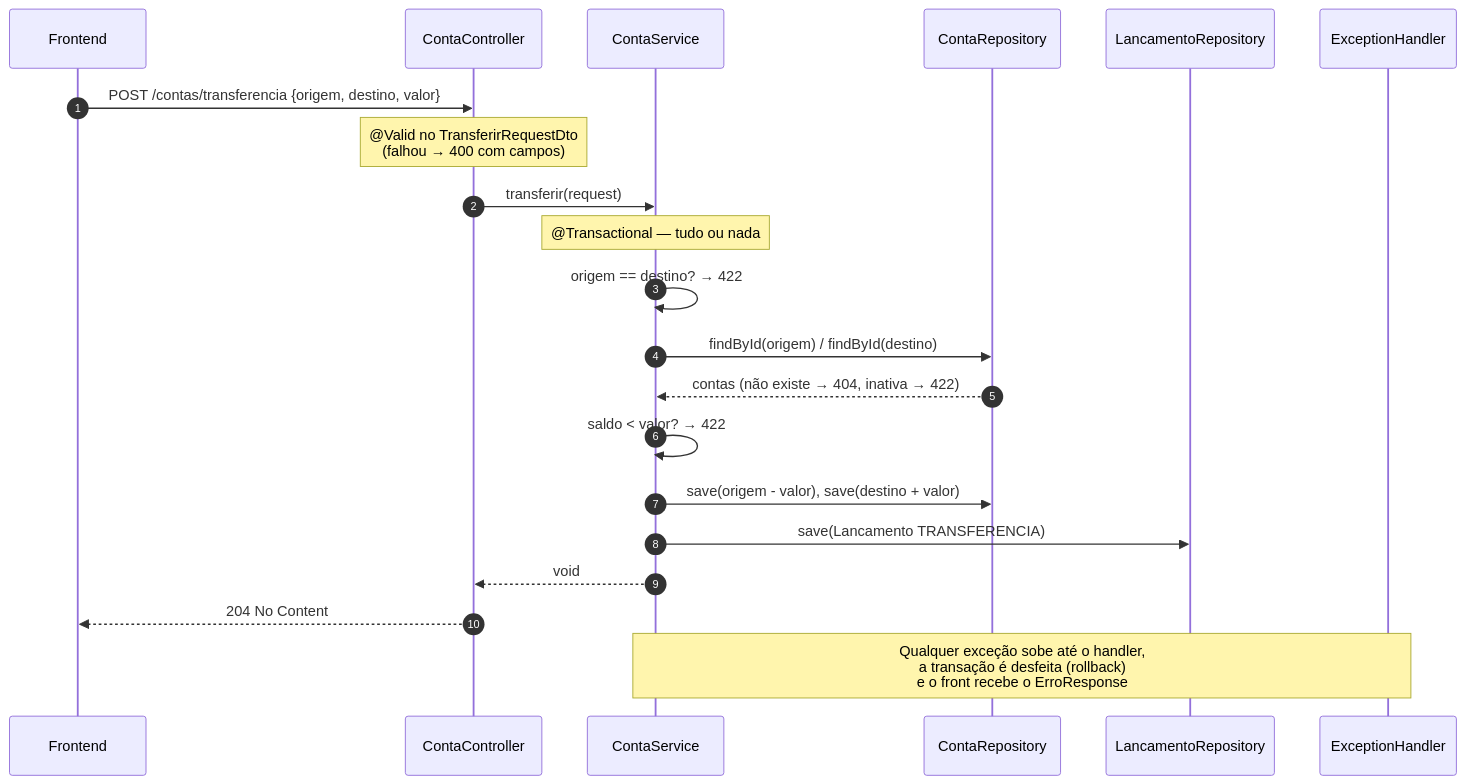
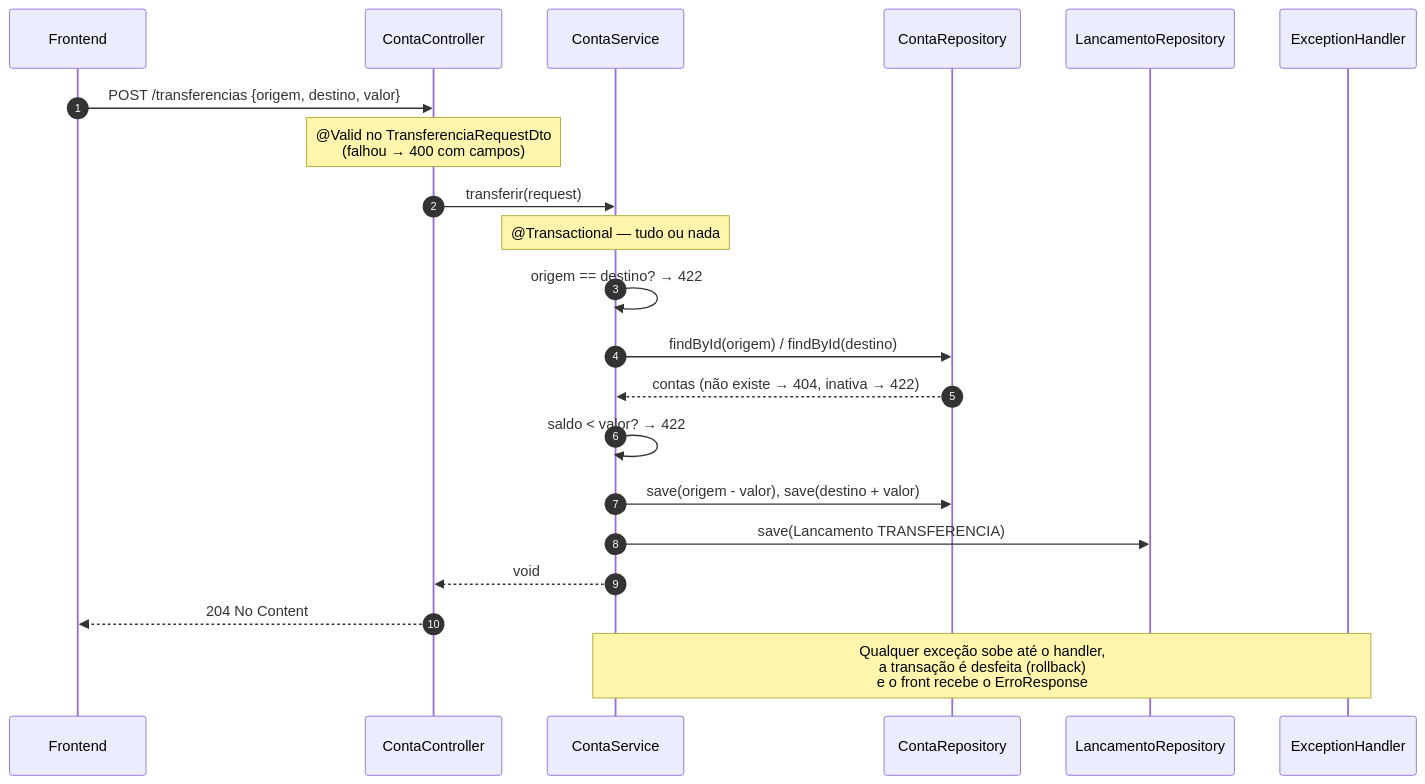
The second of 3 diagrams in backend/README_IMPLEMENTACAO.md (k3vinrich4rd/rkf_bank), drawn with Mermaid before and after one commit. The commit also changed other lines of this file and 12 other files, not shown here.

````diff
--- a/backend/README_IMPLEMENTACAO.md
+++ b/backend/README_IMPLEMENTACAO.md
@@ -65,24 +65,24 @@
 ```mermaid
 sequenceDiagram
     autonumber
     participant F as Frontend
     participant C as ContaController
     participant S as ContaService
     participant R as ContaRepository
     participant L as LancamentoRepository
     participant H as ExceptionHandler
 
-    F->>C: POST /contas/transferencia {origem, destino, valor}
-    Note over C: @Valid no TransferirRequestDto<br/>(falhou → 400 com campos)
+    F->>C: POST /transferencias {origem, destino, valor}
+    Note over C: @Valid no TransferenciaRequestDto<br/>(falhou → 400 com campos)
     C->>S: transferir(request)
     Note over S: @Transactional — tudo ou nada
     S->>S: origem == destino? → 422
     S->>R: findById(origem) / findById(destino)
     R-->>S: contas (não existe → 404, inativa → 422)
     S->>S: saldo < valor? → 422
     S->>R: save(origem - valor), save(destino + valor)
     S->>L: save(Lancamento TRANSFERENCIA)
     S-->>C: void
     C-->>F: 204 No Content
     Note over S,H: Qualquer exceção sobe até o handler,<br/>a transação é desfeita (rollback)<br/>e o front recebe o ErroResponse
 ```
````
